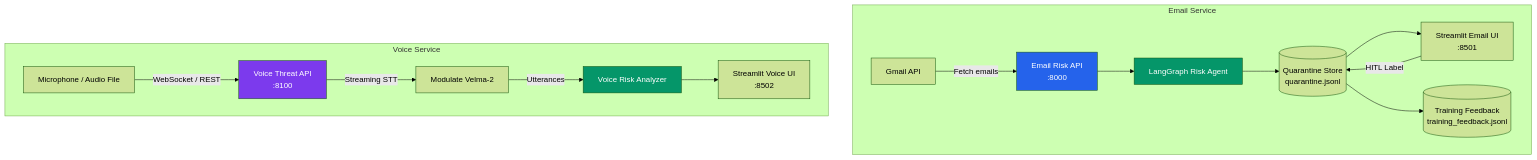
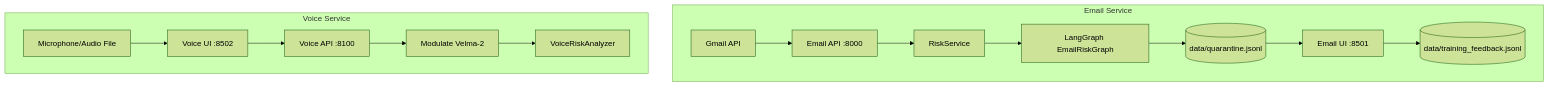
Before and after one commit to pramodthe/anti-scam.ai: the first of 4 diagrams in README.md, drawn with Mermaid (forest theme). The commit also changed other lines of this file, not shown here.

Commit message:
docs: expand README with full architecture and setup details

````diff
--- a/README.md
+++ b/README.md
@@ -64,23 +22,18 @@
 ```mermaid
 graph TB
     subgraph Email Service
-        Gmail[Gmail API] -->|Fetch emails| EmailAPI[Email Risk API<br/>:8000]
-        EmailAPI --> RiskAgent[LangGraph Risk Agent]
-        RiskAgent --> QStore[(Quarantine Store<br/>quarantine.jsonl)]
-        QStore --> EmailUI[Streamlit Email UI<br/>:8501]
-        EmailUI -->|HITL Label| QStore
-        QStore --> Feedback[(Training Feedback<br/>training_feedback.jsonl)]
+        Gmail[Gmail API] --> EmailAPI[Email API :8000]
+        EmailAPI --> RiskService[RiskService]
+        RiskService --> RiskGraph[LangGraph EmailRiskGraph]
+        RiskGraph --> Quarantine[(data/quarantine.jsonl)]
+        Quarantine --> EmailUI[Email UI :8501]
+        EmailUI --> Feedback[(data/training_feedback.jsonl)]
     end
 
     subgraph Voice Service
-        Mic[Microphone / Audio File] -->|WebSocket / REST| VoiceAPI[Voice Threat API<br/>:8100]
-        VoiceAPI -->|Streaming STT| Velma2[Modulate Velma-2]
-        Velma2 -->|Utterances| VoiceAnalyzer[Voice Risk Analyzer]
-        VoiceAnalyzer --> VoiceUI[Streamlit Voice UI<br/>:8502]
+        Mic[Microphone/Audio File] --> VoiceUI[Voice UI :8502]
+        VoiceUI --> VoiceAPI[Voice API :8100]
+        VoiceAPI --> Modulate[Modulate Velma-2]
+        Modulate --> VoiceAnalyzer[VoiceRiskAnalyzer]
     end
-
-    style EmailAPI fill:#2563eb,color:#fff
-    style VoiceAPI fill:#7c3aed,color:#fff
-    style RiskAgent fill:#059669,color:#fff
-    style VoiceAnalyzer fill:#059669,color:#fff
 ```
````
